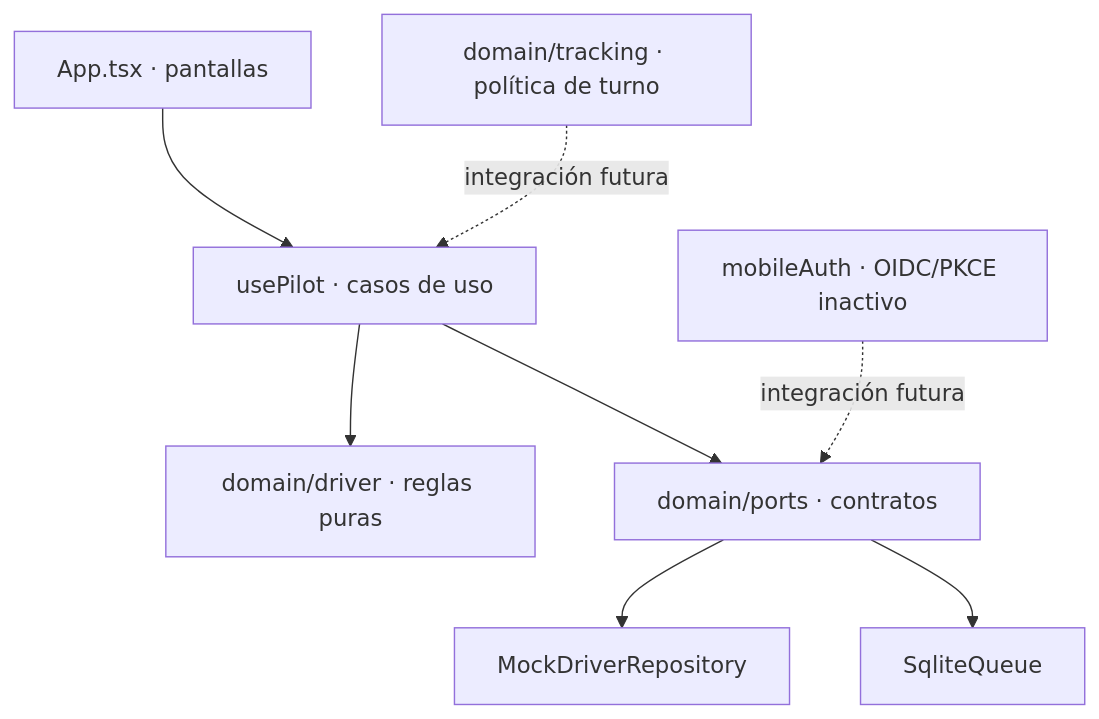
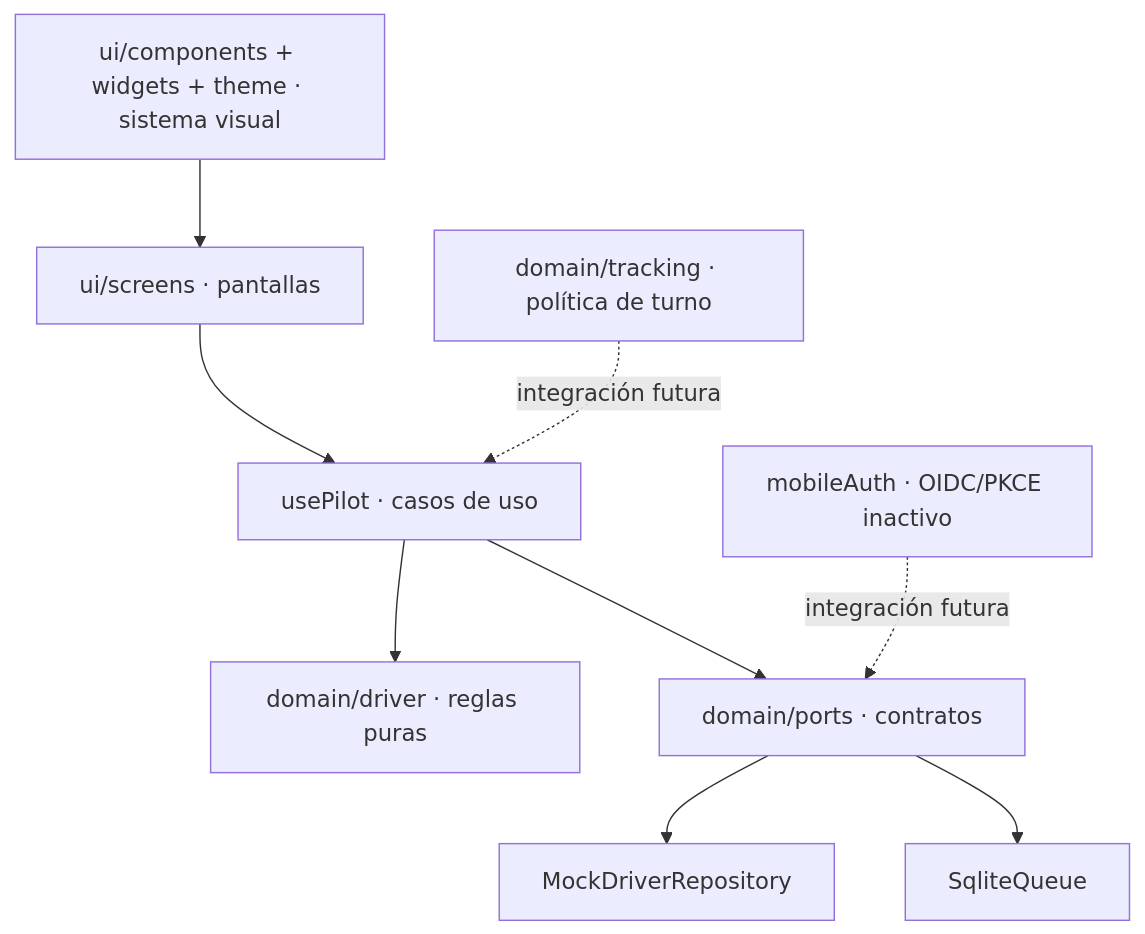
Before and after one commit to betofm92/Kantrack-App: the diagram in docs/ARCHITECTURE.md, drawn with Mermaid. The commit also changed other lines of this file and 16 other files, not shown here.

````diff
--- a/docs/ARCHITECTURE.md
+++ b/docs/ARCHITECTURE.md
@@ -13,10 +13,11 @@
 ```mermaid
 flowchart TD
-  UI[App.tsx · pantallas] --> UC[usePilot · casos de uso]
+  UI[ui/screens · pantallas] --> UC[usePilot · casos de uso]
+  DS[ui/components + widgets + theme · sistema visual] --> UI
   UC --> Domain[domain/driver · reglas puras]
   UC --> Ports[domain/ports · contratos]
   Ports --> Mock[MockDriverRepository]
   Ports --> Queue[SqliteQueue]
   Auth[mobileAuth · OIDC/PKCE inactivo] -. integración futura .-> Ports
   Tracking[domain/tracking · política de turno] -. integración futura .-> UC
 ```
````
